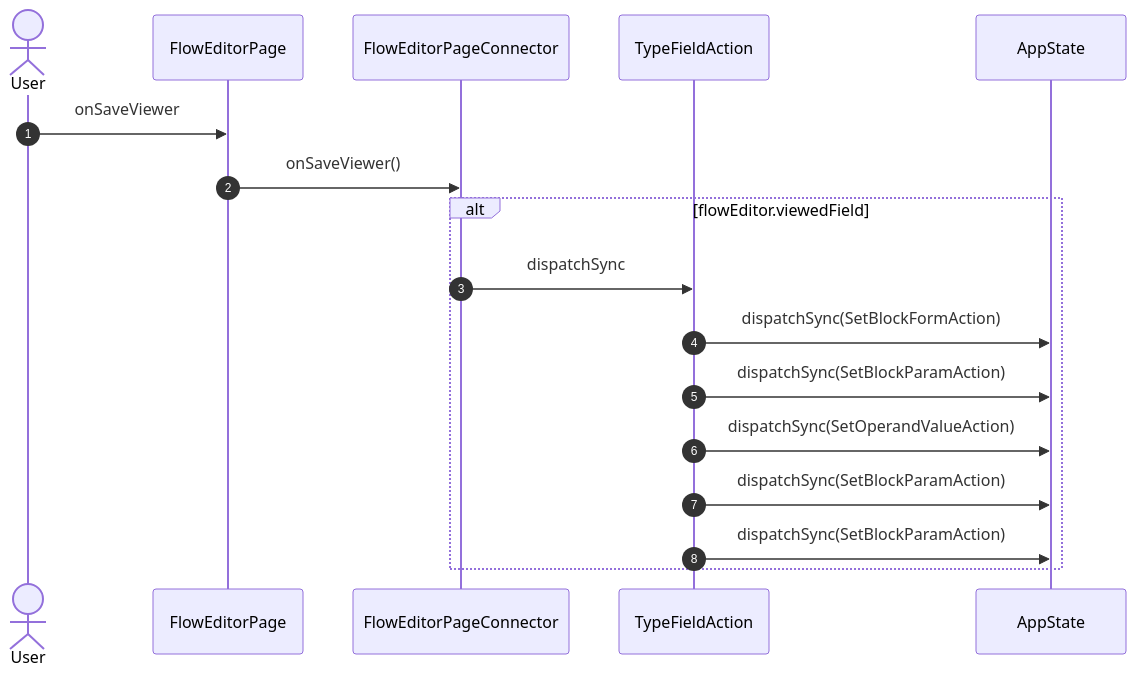
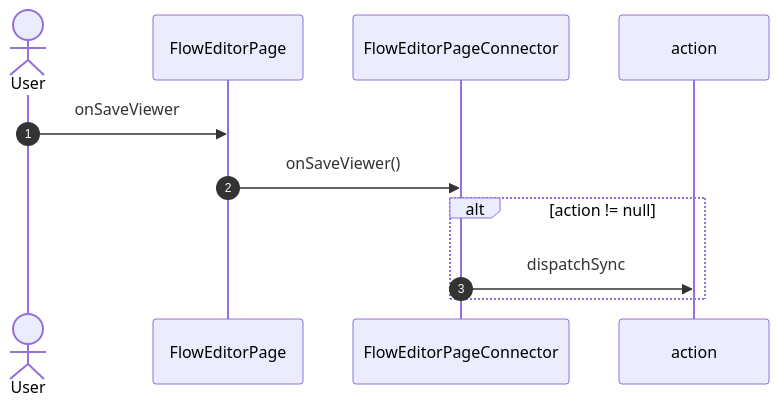
One commit to gencto/wyrm changed diagram 31 of 41 in studio/docs/flows/flowEditor.md. Above: the diagram before and after it, drawn with Mermaid. The commit also changed other lines of this file and 19 other files, not shown here.

First line of the commit message:
studio: flow editor: questions keyed by what answers them; a connector under 400 lines

````diff
--- a/studio/docs/flows/flowEditor.md
+++ b/studio/docs/flows/flowEditor.md
@@ -408,20 +525,14 @@
 ```mermaid
 sequenceDiagram
     autonumber
     actor User
     participant UI as FlowEditorPage
     participant VM as FlowEditorPageConnector
-    participant A1 as TypeFieldAction
-    participant ST as AppState
+    participant A1 as action
 
     User->>UI: onSaveViewer
     UI->>VM: onSaveViewer()
-    alt flowEditor.viewedField
+    alt action != null
         VM->>A1: dispatchSync
-        A1->>ST: dispatchSync(SetBlockFormAction)
-        A1->>ST: dispatchSync(SetBlockParamAction)
-        A1->>ST: dispatchSync(SetOperandValueAction)
-        A1->>ST: dispatchSync(SetBlockParamAction)
-        A1->>ST: dispatchSync(SetBlockParamAction)
     end
 ```
````
